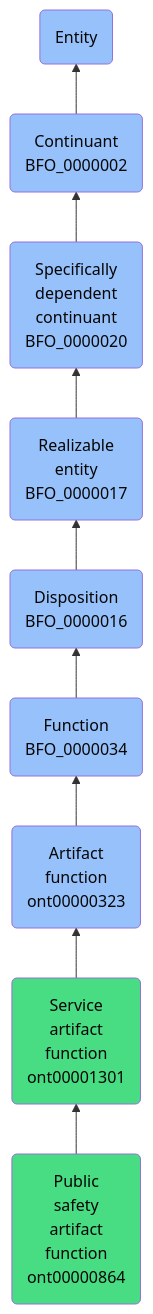
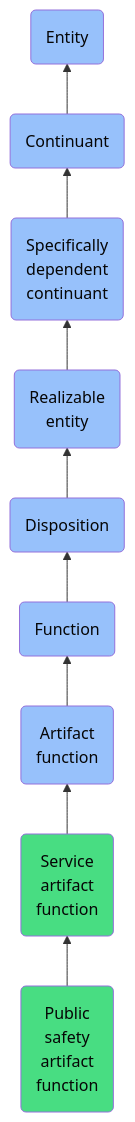
One commit to jupyter-naas/abi changed the diagram in docs/ontology/reference/model/Entity/Continuant/Specifically dependent continuant/Realizable entity/Disposition/Function/Artifact function/Service artifact function/Public safety artifact function/Public safety artifact function.md. Above: the diagram before and after it, drawn with Mermaid. The commit also changed other lines of this file and 1430 other files, not shown here.

````diff
--- a/docs/ontology/reference/model/Entity/Continuant/Specifically dependent continuant/Realizable entity/Disposition/Function/Artifact function/Service artifact function/Public safety artifact function/Public safety artifact function.md
+++ b/docs/ontology/reference/model/Entity/Continuant/Specifically dependent continuant/Realizable entity/Disposition/Function/Artifact function/Service artifact function/Public safety artifact function/Public safety artifact function.md
@@ -24,16 +24,16 @@
 ```mermaid
 graph BT
-    ont00000864(Public<br>safety<br>artifact<br>function<br>ont00000864):::ABI-->ont00001301
-    ont00001301(Service<br>artifact<br>function<br>ont00001301):::ABI-->ont00000323
-    ont00000323(Artifact<br>function<br>ont00000323):::BFO-->BFO_0000034
-    BFO_0000034(Function<br>BFO_0000034):::BFO-->BFO_0000016
-    BFO_0000016(Disposition<br>BFO_0000016):::BFO-->BFO_0000017
-    BFO_0000017(Realizable<br>entity<br>BFO_0000017):::BFO-->BFO_0000020
-    BFO_0000020(Specifically<br>dependent<br>continuant<br>BFO_0000020):::BFO-->BFO_0000002
-    BFO_0000002(Continuant<br>BFO_0000002):::BFO-->BFO_0000001
+    ont00000864(Public<br>safety<br>artifact<br>function):::ABI-->ont00001301
+    ont00001301(Service<br>artifact<br>function):::ABI-->ont00000323
+    ont00000323(Artifact<br>function):::BFO-->BFO_0000034
+    BFO_0000034(Function):::BFO-->BFO_0000016
+    BFO_0000016(Disposition):::BFO-->BFO_0000017
+    BFO_0000017(Realizable<br>entity):::BFO-->BFO_0000020
+    BFO_0000020(Specifically<br>dependent<br>continuant):::BFO-->BFO_0000002
+    BFO_0000002(Continuant):::BFO-->BFO_0000001
     BFO_0000001(Entity):::BFO
     
     classDef BFO fill:#97c1fb,color:#060606
     classDef CCO fill:#e4c51e,color:#060606
     classDef ABI fill:#48DD82,color:#060606
 ```
````
